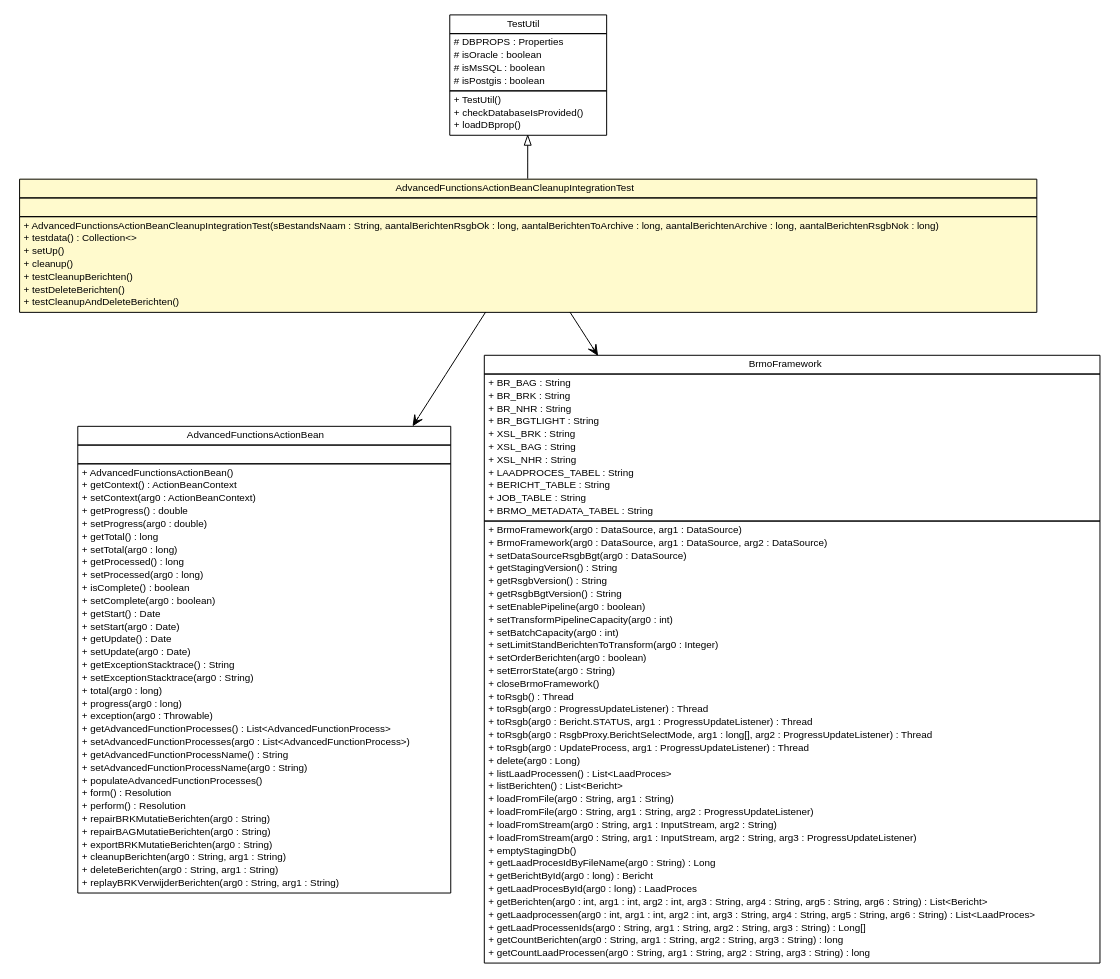
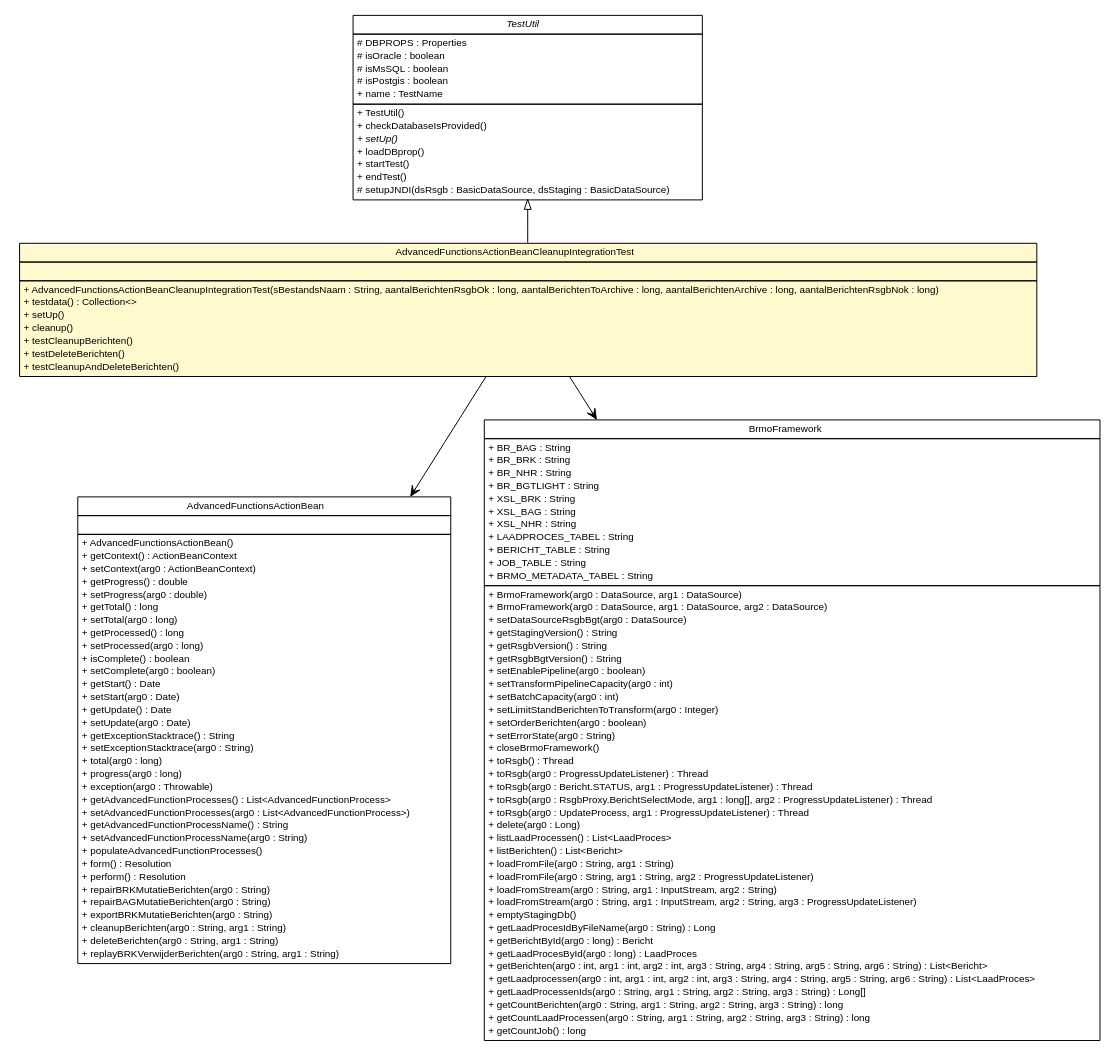
The diagram in brmo-service/testapidocs/nl/b3p/brmo/service/stripes/AdvancedFunctionsActionBeanCleanupIntegrationTest.dot (B3Partners/brmo), drawn with Graphviz before and after one commit. The commit also changed 225 other files, not shown here.

```diff
--- a/brmo-service/testapidocs/nl/b3p/brmo/service/stripes/AdvancedFunctionsActionBeanCleanupIntegrationTest.dot
+++ b/brmo-service/testapidocs/nl/b3p/brmo/service/stripes/AdvancedFunctionsActionBeanCleanupIntegrationTest.dot
@@ -1,152 +1,158 @@
 #!/usr/local/bin/dot
 #
 # Class diagram 
 # Generated by UMLGraph version R5_6-24-gf6e263 (http://www.umlgraph.org/)
 #
 
 digraph G {
 	edge [fontname="Helvetica",fontsize=10,labelfontname="Helvetica",labelfontsize=10];
 	node [fontname="Helvetica",fontsize=10,shape=plaintext];
 	nodesep=0.25;
 	ranksep=0.5;
 	// nl.b3p.brmo.service.stripes.AdvancedFunctionsActionBeanCleanupIntegrationTest
-	c29 [label=<<table title="nl.b3p.brmo.service.stripes.AdvancedFunctionsActionBeanCleanupIntegrationTest" border="0" cellborder="1" cellspacing="0" cellpadding="2" port="p" bgcolor="lemonChiffon" href="./AdvancedFunctionsActionBeanCleanupIntegrationTest.html">
+	c28 [label=<<table title="nl.b3p.brmo.service.stripes.AdvancedFunctionsActionBeanCleanupIntegrationTest" border="0" cellborder="1" cellspacing="0" cellpadding="2" port="p" bgcolor="lemonChiffon" href="./AdvancedFunctionsActionBeanCleanupIntegrationTest.html">
 		<tr><td><table border="0" cellspacing="0" cellpadding="1">
 <tr><td align="center" balign="center"> AdvancedFunctionsActionBeanCleanupIntegrationTest </td></tr>
 		</table></td></tr>
 		<tr><td><table border="0" cellspacing="0" cellpadding="1">
 <tr><td align="left" balign="left">  </td></tr>
 		</table></td></tr>
 		<tr><td><table border="0" cellspacing="0" cellpadding="1">
 <tr><td align="left" balign="left"> + AdvancedFunctionsActionBeanCleanupIntegrationTest(sBestandsNaam : String, aantalBerichtenRsgbOk : long, aantalBerichtenToArchive : long, aantalBerichtenArchive : long, aantalBerichtenRsgbNok : long) </td></tr>
 <tr><td align="left" balign="left"> + testdata() : Collection&lt;&gt; </td></tr>
 <tr><td align="left" balign="left"> + setUp() </td></tr>
 <tr><td align="left" balign="left"> + cleanup() </td></tr>
 <tr><td align="left" balign="left"> + testCleanupBerichten() </td></tr>
 <tr><td align="left" balign="left"> + testDeleteBerichten() </td></tr>
 <tr><td align="left" balign="left"> + testCleanupAndDeleteBerichten() </td></tr>
 		</table></td></tr>
 		</table>>, URL="./AdvancedFunctionsActionBeanCleanupIntegrationTest.html", fontname="Helvetica", fontcolor="black", fontsize=10.0];
 	// nl.b3p.brmo.service.testutil.TestUtil
 	c33 [label=<<table title="nl.b3p.brmo.service.testutil.TestUtil" border="0" cellborder="1" cellspacing="0" cellpadding="2" port="p" href="../testutil/TestUtil.html">
 		<tr><td><table border="0" cellspacing="0" cellpadding="1">
-<tr><td align="center" balign="center"> TestUtil </td></tr>
+<tr><td align="center" balign="center"><font face="Helvetica-Oblique"> TestUtil </font></td></tr>
 		</table></td></tr>
 		<tr><td><table border="0" cellspacing="0" cellpadding="1">
 <tr><td align="left" balign="left"> # DBPROPS : Properties </td></tr>
 <tr><td align="left" balign="left"> # isOracle : boolean </td></tr>
 <tr><td align="left" balign="left"> # isMsSQL : boolean </td></tr>
 <tr><td align="left" balign="left"> # isPostgis : boolean </td></tr>
+<tr><td align="left" balign="left"> + name : TestName </td></tr>
 		</table></td></tr>
 		<tr><td><table border="0" cellspacing="0" cellpadding="1">
 <tr><td align="left" balign="left"> + TestUtil() </td></tr>
 <tr><td align="left" balign="left"> + checkDatabaseIsProvided() </td></tr>
+<tr><td align="left" balign="left"><font face="Helvetica-Oblique" point-size="10.0"> + setUp() </font></td></tr>
 <tr><td align="left" balign="left"> + loadDBprop() </td></tr>
+<tr><td align="left" balign="left"> + startTest() </td></tr>
+<tr><td align="left" balign="left"> + endTest() </td></tr>
+<tr><td align="left" balign="left"> # setupJNDI(dsRsgb : BasicDataSource, dsStaging : BasicDataSource) </td></tr>
 		</table></td></tr>
 		</table>>, URL="../testutil/TestUtil.html", fontname="Helvetica", fontcolor="black", fontsize=10.0];
 	//nl.b3p.brmo.service.stripes.AdvancedFunctionsActionBeanCleanupIntegrationTest extends nl.b3p.brmo.service.testutil.TestUtil
-	c33:p -> c29:p [dir=back,arrowtail=empty];
+	c33:p -> c28:p [dir=back,arrowtail=empty];
 	// nl.b3p.brmo.service.stripes.AdvancedFunctionsActionBeanCleanupIntegrationTest NAVASSOC nl.b3p.brmo.service.stripes.AdvancedFunctionsActionBean
-	c29:p -> c39:p [taillabel="", label="", headlabel="", fontname="Helvetica", fontcolor="black", fontsize=10.0, color="black", arrowhead=open];
+	c28:p -> c39:p [taillabel="", label="", headlabel="", fontname="Helvetica", fontcolor="black", fontsize=10.0, color="black", arrowhead=open];
 	// nl.b3p.brmo.service.stripes.AdvancedFunctionsActionBeanCleanupIntegrationTest NAVASSOC nl.b3p.brmo.loader.BrmoFramework
-	c29:p -> c43:p [taillabel="", label="", headlabel="", fontname="Helvetica", fontcolor="black", fontsize=10.0, color="black", arrowhead=open];
+	c28:p -> c43:p [taillabel="", label="", headlabel="", fontname="Helvetica", fontcolor="black", fontsize=10.0, color="black", arrowhead=open];
 	// nl.b3p.brmo.loader.BrmoFramework
 	c43 [label=<<table title="nl.b3p.brmo.loader.BrmoFramework" border="0" cellborder="1" cellspacing="0" cellpadding="2" port="p">
 		<tr><td><table border="0" cellspacing="0" cellpadding="1">
 <tr><td align="center" balign="center"> BrmoFramework </td></tr>
 		</table></td></tr>
 		<tr><td><table border="0" cellspacing="0" cellpadding="1">
 <tr><td align="left" balign="left"> + BR_BAG : String </td></tr>
 <tr><td align="left" balign="left"> + BR_BRK : String </td></tr>
 <tr><td align="left" balign="left"> + BR_NHR : String </td></tr>
 <tr><td align="left" balign="left"> + BR_BGTLIGHT : String </td></tr>
 <tr><td align="left" balign="left"> + XSL_BRK : String </td></tr>
 <tr><td align="left" balign="left"> + XSL_BAG : String </td></tr>
 <tr><td align="left" balign="left"> + XSL_NHR : String </td></tr>
 <tr><td align="left" balign="left"> + LAADPROCES_TABEL : String </td></tr>
 <tr><td align="left" balign="left"> + BERICHT_TABLE : String </td></tr>
 <tr><td align="left" balign="left"> + JOB_TABLE : String </td></tr>
 <tr><td align="left" balign="left"> + BRMO_METADATA_TABEL : String </td></tr>
 		</table></td></tr>
 		<tr><td><table border="0" cellspacing="0" cellpadding="1">
 <tr><td align="left" balign="left"> + BrmoFramework(arg0 : DataSource, arg1 : DataSource) </td></tr>
 <tr><td align="left" balign="left"> + BrmoFramework(arg0 : DataSource, arg1 : DataSource, arg2 : DataSource) </td></tr>
 <tr><td align="left" balign="left"> + setDataSourceRsgbBgt(arg0 : DataSource) </td></tr>
 <tr><td align="left" balign="left"> + getStagingVersion() : String </td></tr>
 <tr><td align="left" balign="left"> + getRsgbVersion() : String </td></tr>
 <tr><td align="left" balign="left"> + getRsgbBgtVersion() : String </td></tr>
 <tr><td align="left" balign="left"> + setEnablePipeline(arg0 : boolean) </td></tr>
 <tr><td align="left" balign="left"> + setTransformPipelineCapacity(arg0 : int) </td></tr>
 <tr><td align="left" balign="left"> + setBatchCapacity(arg0 : int) </td></tr>
 <tr><td align="left" balign="left"> + setLimitStandBerichtenToTransform(arg0 : Integer) </td></tr>
 <tr><td align="left" balign="left"> + setOrderBerichten(arg0 : boolean) </td></tr>
 <tr><td align="left" balign="left"> + setErrorState(arg0 : String) </td></tr>
 <tr><td align="left" balign="left"> + closeBrmoFramework() </td></tr>
 <tr><td align="left" balign="left"> + toRsgb() : Thread </td></tr>
 <tr><td align="left" balign="left"> + toRsgb(arg0 : ProgressUpdateListener) : Thread </td></tr>
 <tr><td align="left" balign="left"> + toRsgb(arg0 : Bericht.STATUS, arg1 : ProgressUpdateListener) : Thread </td></tr>
 <tr><td align="left" balign="left"> + toRsgb(arg0 : RsgbProxy.BerichtSelectMode, arg1 : long[], arg2 : ProgressUpdateListener) : Thread </td></tr>
 <tr><td align="left" balign="left"> + toRsgb(arg0 : UpdateProcess, arg1 : ProgressUpdateListener) : Thread </td></tr>
 <tr><td align="left" balign="left"> + delete(arg0 : Long) </td></tr>
 <tr><td align="left" balign="left"> + listLaadProcessen() : List&lt;LaadProces&gt; </td></tr>
 <tr><td align="left" balign="left"> + listBerichten() : List&lt;Bericht&gt; </td></tr>
 <tr><td align="left" balign="left"> + loadFromFile(arg0 : String, arg1 : String) </td></tr>
 <tr><td align="left" balign="left"> + loadFromFile(arg0 : String, arg1 : String, arg2 : ProgressUpdateListener) </td></tr>
 <tr><td align="left" balign="left"> + loadFromStream(arg0 : String, arg1 : InputStream, arg2 : String) </td></tr>
 <tr><td align="left" balign="left"> + loadFromStream(arg0 : String, arg1 : InputStream, arg2 : String, arg3 : ProgressUpdateListener) </td></tr>
 <tr><td align="left" balign="left"> + emptyStagingDb() </td></tr>
 <tr><td align="left" balign="left"> + getLaadProcesIdByFileName(arg0 : String) : Long </td></tr>
 <tr><td align="left" balign="left"> + getBerichtById(arg0 : long) : Bericht </td></tr>
 <tr><td align="left" balign="left"> + getLaadProcesById(arg0 : long) : LaadProces </td></tr>
 <tr><td align="left" balign="left"> + getBerichten(arg0 : int, arg1 : int, arg2 : int, arg3 : String, arg4 : String, arg5 : String, arg6 : String) : List&lt;Bericht&gt; </td></tr>
 <tr><td align="left" balign="left"> + getLaadprocessen(arg0 : int, arg1 : int, arg2 : int, arg3 : String, arg4 : String, arg5 : String, arg6 : String) : List&lt;LaadProces&gt; </td></tr>
 <tr><td align="left" balign="left"> + getLaadProcessenIds(arg0 : String, arg1 : String, arg2 : String, arg3 : String) : Long[] </td></tr>
 <tr><td align="left" balign="left"> + getCountBerichten(arg0 : String, arg1 : String, arg2 : String, arg3 : String) : long </td></tr>
 <tr><td align="left" balign="left"> + getCountLaadProcessen(arg0 : String, arg1 : String, arg2 : String, arg3 : String) : long </td></tr>
+<tr><td align="left" balign="left"> + getCountJob() : long </td></tr>
 		</table></td></tr>
 		</table>>, URL="null", fontname="Helvetica", fontcolor="black", fontsize=10.0];
 	// nl.b3p.brmo.service.stripes.AdvancedFunctionsActionBean
 	c39 [label=<<table title="nl.b3p.brmo.service.stripes.AdvancedFunctionsActionBean" border="0" cellborder="1" cellspacing="0" cellpadding="2" port="p">
 		<tr><td><table border="0" cellspacing="0" cellpadding="1">
 <tr><td align="center" balign="center"> AdvancedFunctionsActionBean </td></tr>
 		</table></td></tr>
 		<tr><td><table border="0" cellspacing="0" cellpadding="1">
 <tr><td align="left" balign="left">  </td></tr>
 		</table></td></tr>
 		<tr><td><table border="0" cellspacing="0" cellpadding="1">
 <tr><td align="left" balign="left"> + AdvancedFunctionsActionBean() </td></tr>
 <tr><td align="left" balign="left"> + getContext() : ActionBeanContext </td></tr>
 <tr><td align="left" balign="left"> + setContext(arg0 : ActionBeanContext) </td></tr>
 <tr><td align="left" balign="left"> + getProgress() : double </td></tr>
 <tr><td align="left" balign="left"> + setProgress(arg0 : double) </td></tr>
 <tr><td align="left" balign="left"> + getTotal() : long </td></tr>
 <tr><td align="left" balign="left"> + setTotal(arg0 : long) </td></tr>
 <tr><td align="left" balign="left"> + getProcessed() : long </td></tr>
 <tr><td align="left" balign="left"> + setProcessed(arg0 : long) </td></tr>
 <tr><td align="left" balign="left"> + isComplete() : boolean </td></tr>
 <tr><td align="left" balign="left"> + setComplete(arg0 : boolean) </td></tr>
 <tr><td align="left" balign="left"> + getStart() : Date </td></tr>
 <tr><td align="left" balign="left"> + setStart(arg0 : Date) </td></tr>
 <tr><td align="left" balign="left"> + getUpdate() : Date </td></tr>
 <tr><td align="left" balign="left"> + setUpdate(arg0 : Date) </td></tr>
 <tr><td align="left" balign="left"> + getExceptionStacktrace() : String </td></tr>
 <tr><td align="left" balign="left"> + setExceptionStacktrace(arg0 : String) </td></tr>
 <tr><td align="left" balign="left"> + total(arg0 : long) </td></tr>
 <tr><td align="left" balign="left"> + progress(arg0 : long) </td></tr>
 <tr><td align="left" balign="left"> + exception(arg0 : Throwable) </td></tr>
 <tr><td align="left" balign="left"> + getAdvancedFunctionProcesses() : List&lt;AdvancedFunctionProcess&gt; </td></tr>
 <tr><td align="left" balign="left"> + setAdvancedFunctionProcesses(arg0 : List&lt;AdvancedFunctionProcess&gt;) </td></tr>
 <tr><td align="left" balign="left"> + getAdvancedFunctionProcessName() : String </td></tr>
 <tr><td align="left" balign="left"> + setAdvancedFunctionProcessName(arg0 : String) </td></tr>
 <tr><td align="left" balign="left"> + populateAdvancedFunctionProcesses() </td></tr>
 <tr><td align="left" balign="left"> + form() : Resolution </td></tr>
 <tr><td align="left" balign="left"> + perform() : Resolution </td></tr>
 <tr><td align="left" balign="left"> + repairBRKMutatieBerichten(arg0 : String) </td></tr>
 <tr><td align="left" balign="left"> + repairBAGMutatieBerichten(arg0 : String) </td></tr>
 <tr><td align="left" balign="left"> + exportBRKMutatieBerichten(arg0 : String) </td></tr>
 <tr><td align="left" balign="left"> + cleanupBerichten(arg0 : String, arg1 : String) </td></tr>
 <tr><td align="left" balign="left"> + deleteBerichten(arg0 : String, arg1 : String) </td></tr>
 <tr><td align="left" balign="left"> + replayBRKVerwijderBerichten(arg0 : String, arg1 : String) </td></tr>
 		</table></td></tr>
 		</table>>, URL="null", fontname="Helvetica", fontcolor="black", fontsize=10.0];
 }
```
